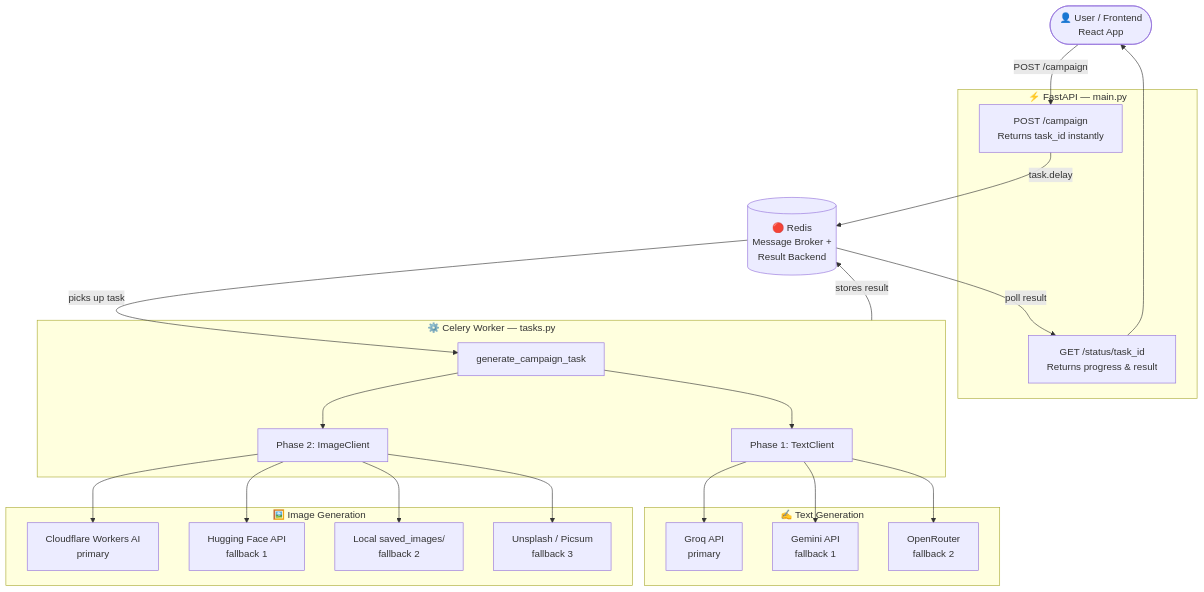
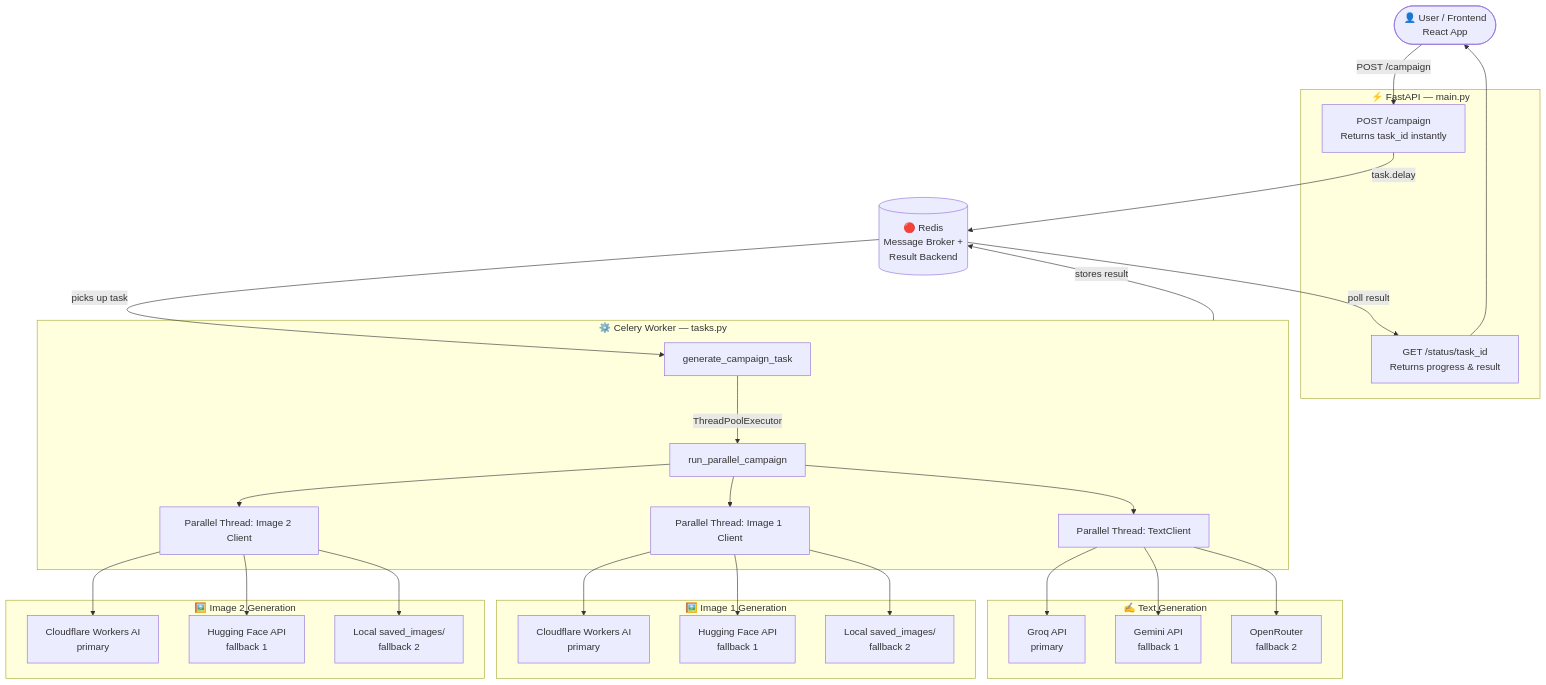
The diagram in README.md (meet-0107/AI_Marketing_System), drawn with Mermaid before and after one commit.

Commit message:
docs: update System Architecture diagram with parallel execution details

````diff
--- a/README.md
+++ b/README.md
@@ -103,36 +103,43 @@
 ```mermaid
 flowchart TD
     A([👤 User / Frontend<br/>React App]) -->|POST /campaign| B
 
     subgraph API ["⚡ FastAPI  —  main.py"]
         B[POST /campaign<br/>Returns task_id instantly]
         C[GET /status/task_id<br/>Returns progress & result]
     end
 
     B -->|task.delay| D[(🔴 Redis<br/>Message Broker +<br/>Result Backend)]
     D -->|poll result| C
     C --> A
 
     D -->|picks up task| E
 
     subgraph WORKER ["⚙️ Celery Worker  —  tasks.py"]
         E[generate_campaign_task]
-        E --> F[Phase 1: TextClient]
-        E --> G[Phase 2: ImageClient]
+        E -->|ThreadPoolExecutor| P[run_parallel_campaign]
+        P --> F[Parallel Thread: TextClient]
+        P --> G1[Parallel Thread: Image 1 Client]
+        P --> G2[Parallel Thread: Image 2 Client]
     end
 
     subgraph TEXT ["✍️ Text Generation"]
         F --> T1[Groq API<br/>primary]
         F --> T2[Gemini API<br/>fallback 1]
         F --> T3[OpenRouter<br/>fallback 2]
     end
 
-    subgraph IMAGE ["🖼️ Image Generation"]
-        G --> I1[Cloudflare Workers AI<br/>primary]
-        G --> I2[Hugging Face API<br/>fallback 1]
-        G --> I3[Local saved_images/<br/>fallback 2]
-        G --> I4[Unsplash / Picsum<br/>fallback 3]
+    subgraph IMAGE_1 ["🖼️ Image 1 Generation"]
+        G1 --> I1_1[Cloudflare Workers AI<br/>primary]
+        G1 --> I1_2[Hugging Face API<br/>fallback 1]
+        G1 --> I1_3[Local saved_images/<br/>fallback 2]
+    end
+
+    subgraph IMAGE_2 ["🖼️ Image 2 Generation"]
+        G2 --> I2_1[Cloudflare Workers AI<br/>primary]
+        G2 --> I2_2[Hugging Face API<br/>fallback 1]
+        G2 --> I2_3[Local saved_images/<br/>fallback 2]
     end
 
     WORKER -->|stores result| D
 ```
````
